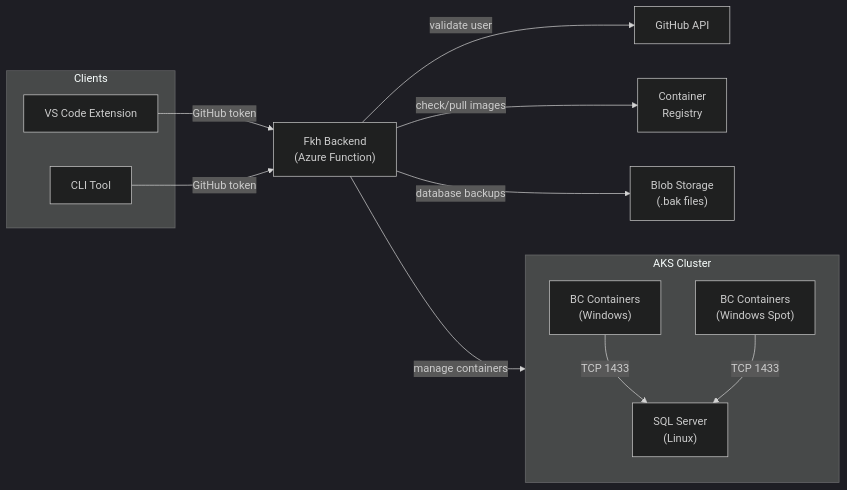
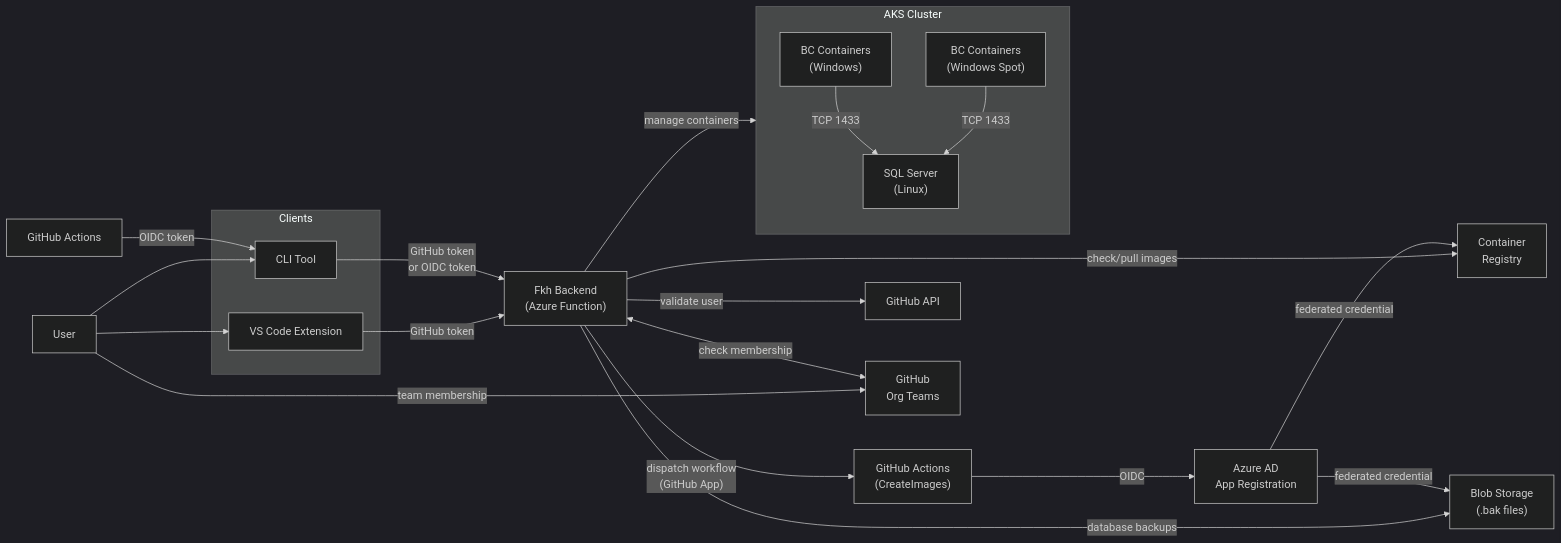
One commit to achim-t-org/Fkh changed the first of 6 diagrams in Architecture.md. Above: the diagram before and after it, drawn with Mermaid (dark theme). The commit also changed other lines of this file and 1 other file, not shown here.

Commit message:
update architecture with deployment

````diff
--- a/Architecture.md
+++ b/Architecture.md
@@ -7,27 +7,42 @@
 ```mermaid
 graph LR
     subgraph Clients
         VSIX["VS Code Extension"]
         CLI["CLI Tool"]
     end
 
+    GA["GitHub Actions<br/>(CreateImages)"]
+    GA2["GitHub Actions"]
+    USER["User"]
     FUNC["Fkh Backend<br/>(Azure Function)"]
     GH["GitHub API"]
+    GHTEAMS["GitHub<br/>Org Teams"]
 
     subgraph AKS["AKS Cluster"]
         direction TB
         SQL["SQL Server<br/>(Linux)"]
         BC["BC Containers<br/>(Windows)"]
         SPOT["BC Containers<br/>(Windows Spot)"]
     end
 
     ACR["Container<br/>Registry"]
     BLOB["Blob Storage<br/>(.bak files)"]
+    AAD["Azure AD<br/>App Registration"]
 
-    VSIX & CLI -->|"GitHub token"| FUNC
+    USER --> VSIX
+    USER --> CLI
+    USER -->|"team membership"| GHTEAMS
+    VSIX -->|"GitHub token"| FUNC
+    CLI -->|"GitHub token<br/>or OIDC token"| FUNC
     FUNC -->|"validate user"| GH
+    FUNC <-->|"check membership"| GHTEAMS
     FUNC -->|"manage containers"| AKS
     FUNC -->|"check/pull images"| ACR
     FUNC -->|"database backups"| BLOB
+    FUNC -->|"dispatch workflow<br/>(GitHub App)"| GA
     BC & SPOT -->|"TCP 1433"| SQL
+    GA -->|"OIDC"| AAD
+    GA2 -->|"OIDC token"| CLI
+    AAD -->|"federated credential"| ACR
+    AAD -->|"federated credential"| BLOB
 ```
````
